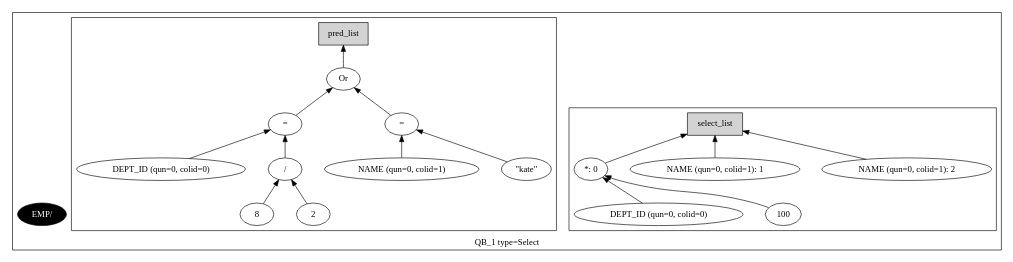
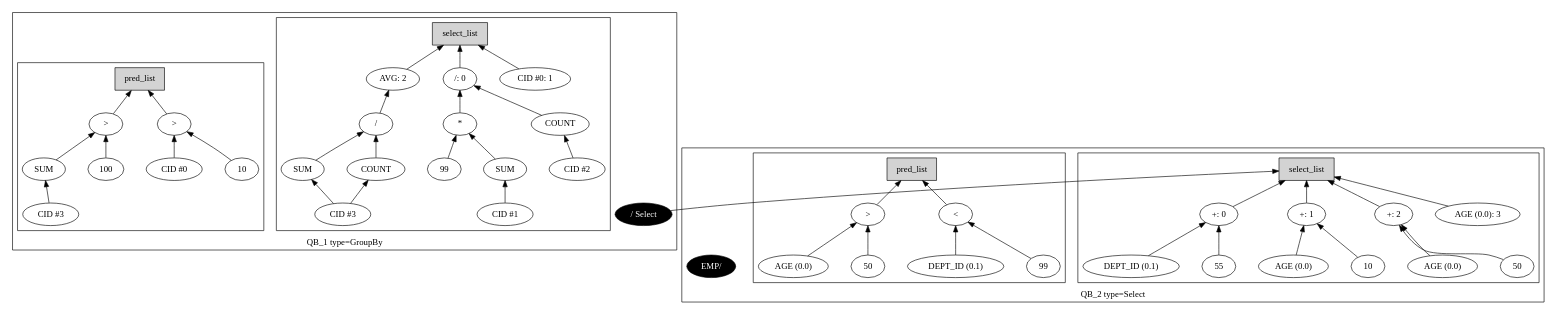
Before and after one commit to adarshpannu/kona: the diagram in qgm_resolved.dot, drawn with Graphviz. The commit also changed 13 other files, not shown here.

```diff
--- a/qgm_resolved.dot
+++ b/qgm_resolved.dot
@@ -1,43 +1,100 @@
 digraph example1 {
     rankdir=BT;
     nodesep=0.5;
     ordering="in";
   subgraph cluster_QB_1 {
     "QB_1_selectlist"[label="select_list",shape=box,style=filled];
   subgraph cluster_select_listQB_1 {
-    exprnodeNodeId3v1[label="*: 0"];
+    exprnodeNodeId11v1[label="/: 0"];
+    exprnodeNodeId6v1 -> exprnodeNodeId11v1;
+    exprnodeNodeId6v1[label="*"];
+    exprnodeNodeId4v1 -> exprnodeNodeId6v1;
+    exprnodeNodeId4v1[label="SUM"];
+    exprnodeNodeId37v1 -> exprnodeNodeId4v1;
+    exprnodeNodeId37v1[label="CID #1"];
+    exprnodeNodeId5v1 -> exprnodeNodeId6v1;
+    exprnodeNodeId5v1[label="99"];
+    exprnodeNodeId10v1 -> exprnodeNodeId11v1;
+    exprnodeNodeId10v1[label="COUNT"];
+    exprnodeNodeId38v1 -> exprnodeNodeId10v1;
+    exprnodeNodeId38v1[label="CID #2"];
+    exprnodeNodeId11v1 -> "QB_1_selectlist";
+    exprnodeNodeId39v1[label="CID #0: 1"];
+    exprnodeNodeId39v1 -> "QB_1_selectlist";
+    exprnodeNodeId16v1[label="AVG: 2"];
+    exprnodeNodeId43v1 -> exprnodeNodeId16v1;
+    exprnodeNodeId43v1[label="/"];
+    exprnodeNodeId41v1 -> exprnodeNodeId43v1;
+    exprnodeNodeId41v1[label="SUM"];
+    exprnodeNodeId40v1 -> exprnodeNodeId41v1;
+    exprnodeNodeId40v1[label="CID #3"];
+    exprnodeNodeId42v1 -> exprnodeNodeId43v1;
+    exprnodeNodeId42v1[label="COUNT"];
+    exprnodeNodeId40v1 -> exprnodeNodeId42v1;
+    exprnodeNodeId40v1[label="CID #3"];
+    exprnodeNodeId16v1 -> "QB_1_selectlist";
+}
+    "QUN_3"[label="/ Select", fillcolor=black, fontcolor=white, style=filled]
+  subgraph cluster_pred_listQB_1 {
+    exprnodeNodeId30v1[label=">"];
+    exprnodeNodeId28v1 -> exprnodeNodeId30v1;
+    exprnodeNodeId28v1[label="SUM"];
+    exprnodeNodeId44v1 -> exprnodeNodeId28v1;
+    exprnodeNodeId44v1[label="CID #3"];
+    exprnodeNodeId29v1 -> exprnodeNodeId30v1;
+    exprnodeNodeId29v1[label="100"];
+    exprnodeNodeId30v1 -> QB_1_pred_list;
+    exprnodeNodeId35v1[label=">"];
+    exprnodeNodeId45v1 -> exprnodeNodeId35v1;
+    exprnodeNodeId45v1[label="CID #0"];
+    exprnodeNodeId34v1 -> exprnodeNodeId35v1;
+    exprnodeNodeId34v1[label="10"];
+    exprnodeNodeId35v1 -> QB_1_pred_list;
+    "QB_1_pred_list"[label="pred_list",shape=box,style=filled];
+}
+    label = "QB_1 type=GroupBy";
+}
+    "QUN_3" -> "QB_2_selectlist";
+  subgraph cluster_QB_2 {
+    "QB_2_selectlist"[label="select_list",shape=box,style=filled];
+  subgraph cluster_select_listQB_2 {
+    exprnodeNodeId26v1[label="+: 0"];
+    exprnodeNodeId24v1 -> exprnodeNodeId26v1;
+    exprnodeNodeId24v1[label="DEPT_ID (0.1)"];
+    exprnodeNodeId25v1 -> exprnodeNodeId26v1;
+    exprnodeNodeId25v1[label="55"];
+    exprnodeNodeId26v1 -> "QB_2_selectlist";
+    exprnodeNodeId3v1[label="+: 1"];
     exprnodeNodeId1v1 -> exprnodeNodeId3v1;
-    exprnodeNodeId1v1[label="DEPT_ID (qun=0, colid=0)"];
+    exprnodeNodeId1v1[label="AGE (0.0)"];
     exprnodeNodeId2v1 -> exprnodeNodeId3v1;
-    exprnodeNodeId2v1[label="100"];
-    exprnodeNodeId3v1 -> "QB_1_selectlist";
-    exprnodeNodeId4v1[label="NAME (qun=0, colid=1): 1"];
-    exprnodeNodeId4v1 -> "QB_1_selectlist";
-    exprnodeNodeId5v1[label="NAME (qun=0, colid=1): 2"];
-    exprnodeNodeId5v1 -> "QB_1_selectlist";
+    exprnodeNodeId2v1[label="10"];
+    exprnodeNodeId3v1 -> "QB_2_selectlist";
+    exprnodeNodeId9v1[label="+: 2"];
+    exprnodeNodeId7v1 -> exprnodeNodeId9v1;
+    exprnodeNodeId7v1[label="AGE (0.0)"];
+    exprnodeNodeId8v1 -> exprnodeNodeId9v1;
+    exprnodeNodeId8v1[label="50"];
+    exprnodeNodeId9v1 -> "QB_2_selectlist";
+    exprnodeNodeId15v1[label="AGE (0.0): 3"];
+    exprnodeNodeId15v1 -> "QB_2_selectlist";
 }
     "QUN_0"[label="EMP/ ", fillcolor=black, fontcolor=white, style=filled]
-  subgraph cluster_pred_listQB_1 {
-    exprnodeNodeId14v1[label="Or"];
-    exprnodeNodeId10v1 -> exprnodeNodeId14v1;
-    exprnodeNodeId10v1[label="="];
-    exprnodeNodeId6v1 -> exprnodeNodeId10v1;
-    exprnodeNodeId6v1[label="DEPT_ID (qun=0, colid=0)"];
-    exprnodeNodeId9v1 -> exprnodeNodeId10v1;
-    exprnodeNodeId9v1[label="/"];
-    exprnodeNodeId7v1 -> exprnodeNodeId9v1;
-    exprnodeNodeId7v1[label="8"];
-    exprnodeNodeId8v1 -> exprnodeNodeId9v1;
-    exprnodeNodeId8v1[label="2"];
-    exprnodeNodeId13v1 -> exprnodeNodeId14v1;
-    exprnodeNodeId13v1[label="="];
-    exprnodeNodeId11v1 -> exprnodeNodeId13v1;
-    exprnodeNodeId11v1[label="NAME (qun=0, colid=1)"];
-    exprnodeNodeId12v1 -> exprnodeNodeId13v1;
-    exprnodeNodeId12v1[label="\"kate\""];
-    exprnodeNodeId14v1 -> QB_1_pred_list;
-    "QB_1_pred_list"[label="pred_list",shape=box,style=filled];
+  subgraph cluster_pred_listQB_2 {
+    exprnodeNodeId19v1[label=">"];
+    exprnodeNodeId17v1 -> exprnodeNodeId19v1;
+    exprnodeNodeId17v1[label="AGE (0.0)"];
+    exprnodeNodeId18v1 -> exprnodeNodeId19v1;
+    exprnodeNodeId18v1[label="50"];
+    exprnodeNodeId19v1 -> QB_2_pred_list;
+    exprnodeNodeId22v1[label="<"];
+    exprnodeNodeId20v1 -> exprnodeNodeId22v1;
+    exprnodeNodeId20v1[label="DEPT_ID (0.1)"];
+    exprnodeNodeId21v1 -> exprnodeNodeId22v1;
+    exprnodeNodeId21v1[label="99"];
+    exprnodeNodeId22v1 -> QB_2_pred_list;
+    "QB_2_pred_list"[label="pred_list",shape=box,style=filled];
 }
-    label = "QB_1 type=Select";
+    label = "QB_2 type=Select";
 }
 }
```
